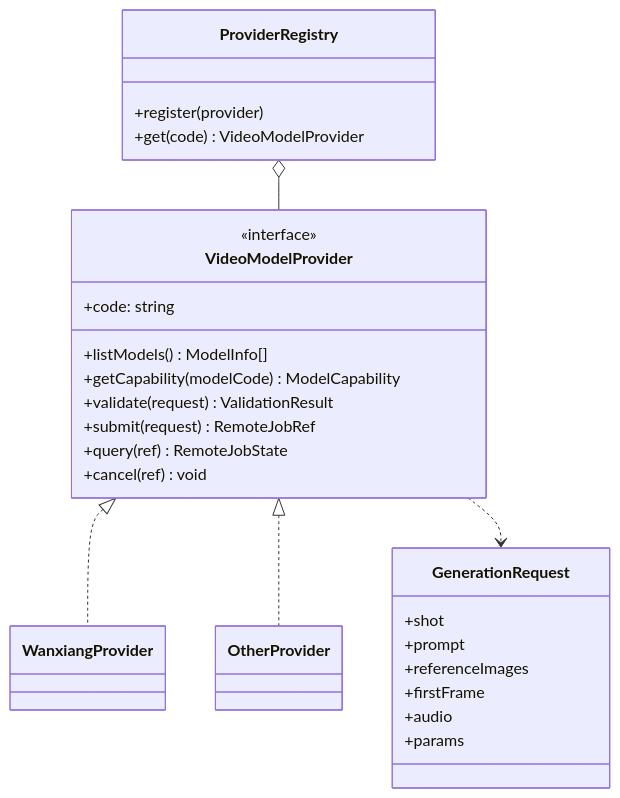
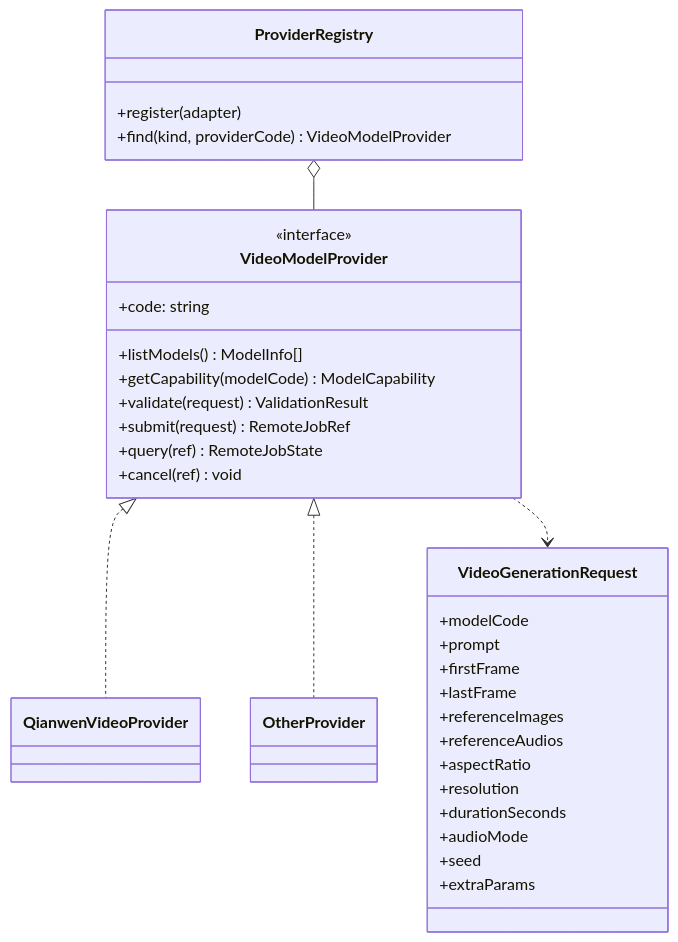
The third of 10 diagrams in docs/ARCHITECTURE.md (sengbin/ai-video-studio), drawn with Mermaid before and after one commit. The commit also changed other lines of this file and 34 other files, not shown here.

````diff
--- a/docs/ARCHITECTURE.md
+++ b/docs/ARCHITECTURE.md
@@ -303,32 +304,38 @@
 ```mermaid
 classDiagram
   class VideoModelProvider {
     <<interface>>
     +code: string
     +listModels() ModelInfo[]
     +getCapability(modelCode) ModelCapability
     +validate(request) ValidationResult
     +submit(request) RemoteJobRef
     +query(ref) RemoteJobState
     +cancel(ref) void
   }
   class ProviderRegistry {
-    +register(provider)
-    +get(code) VideoModelProvider
+    +register(adapter)
+    +find(kind, providerCode) VideoModelProvider
   }
-  class WanxiangProvider
+  class QianwenVideoProvider
   class OtherProvider
-  class GenerationRequest {
-    +shot
+  class VideoGenerationRequest {
+    +modelCode
     +prompt
+    +firstFrame
+    +lastFrame
     +referenceImages
-    +firstFrame
-    +audio
-    +params
+    +referenceAudios
+    +aspectRatio
+    +resolution
+    +durationSeconds
+    +audioMode
+    +seed
+    +extraParams
   }
 
-  VideoModelProvider <|.. WanxiangProvider
+  VideoModelProvider <|.. QianwenVideoProvider
   VideoModelProvider <|.. OtherProvider
   ProviderRegistry o-- VideoModelProvider
-  VideoModelProvider ..> GenerationRequest
+  VideoModelProvider ..> VideoGenerationRequest
 ```
````
